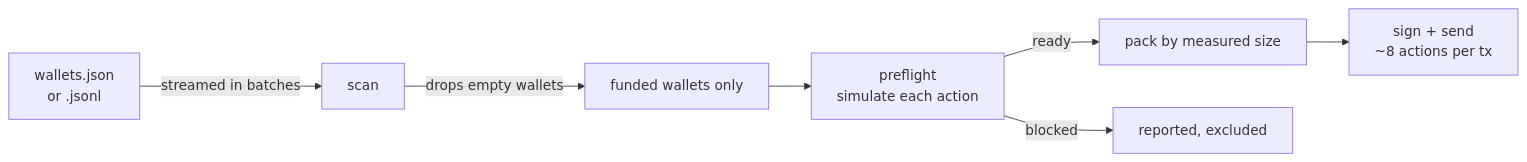
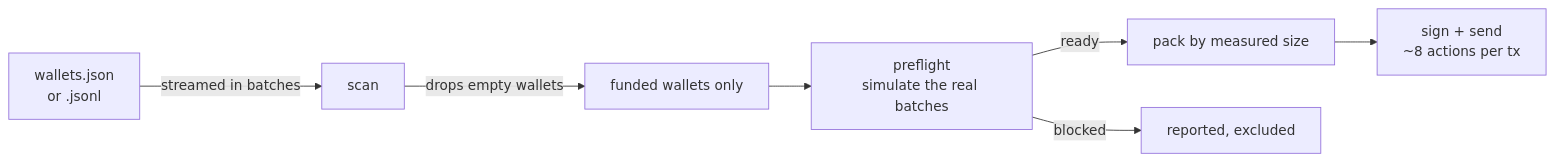
One commit to daronthedragon/dev-fee-harvester changed the diagram in README.md. Above: the diagram before and after it, drawn with Mermaid. The commit also changed other lines of this file and 3 other files, not shown here.

````diff
--- a/README.md
+++ b/README.md
@@ -114,9 +114,9 @@
 ```mermaid
 flowchart LR
   A[wallets.json<br/>or .jsonl] -->|streamed in batches| B[scan]
   B -->|drops empty wallets| C[funded wallets only]
-  C --> D[preflight<br/>simulate each action]
+  C --> D[preflight<br/>simulate the real batches]
   D -->|ready| E[pack by measured size]
   D -->|blocked| X[reported, excluded]
   E --> F[sign + send<br/>~8 actions per tx]
 ```
````
